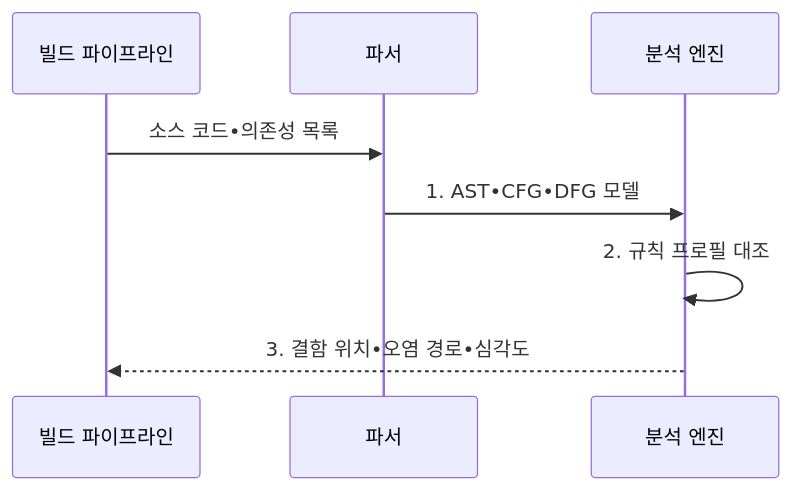
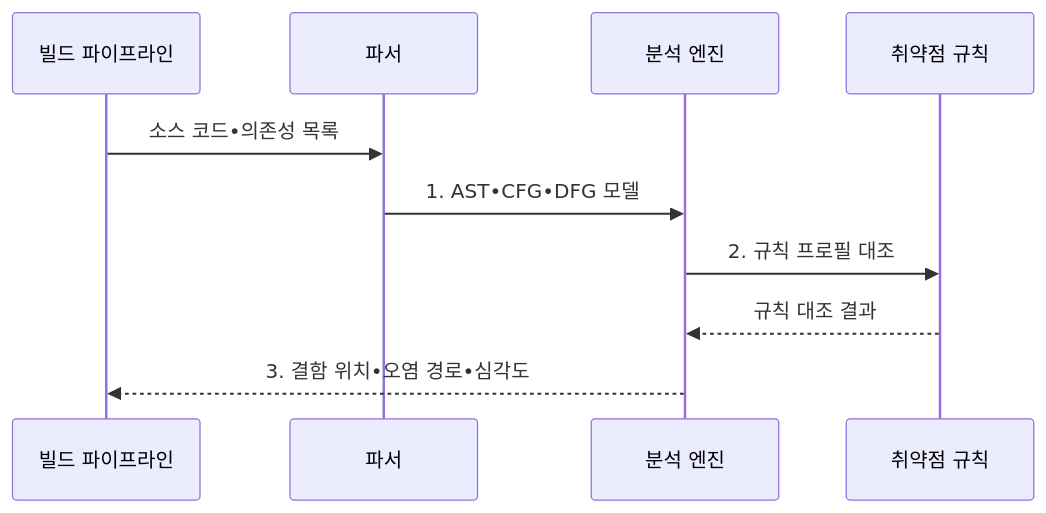
Before and after one commit to agnusdei1207/knowledge-base: the second of 2 diagrams in src/content/docs/notes/03-software/067_static_application_security_testing.md, drawn with Mermaid. The commit also changed other lines of this file and 8 other files, not shown here.

````diff
--- a/src/content/docs/notes/03-software/067_static_application_security_testing.md
+++ b/src/content/docs/notes/03-software/067_static_application_security_testing.md
@@ -108,10 +108,12 @@
 ```mermaid
 sequenceDiagram
     participant B as 빌드 파이프라인
     participant P as 파서
     participant A as 분석 엔진
+    participant R as 취약점 규칙
     B->>P: 소스 코드•의존성 목록
     P->>A: 1. AST•CFG•DFG 모델
-    A->>A: 2. 규칙 프로필 대조
+    A->>R: 2. 규칙 프로필 대조
+    R-->>A: 규칙 대조 결과
     A-->>B: 3. 결함 위치•오염 경로•심각도
 ```
````
